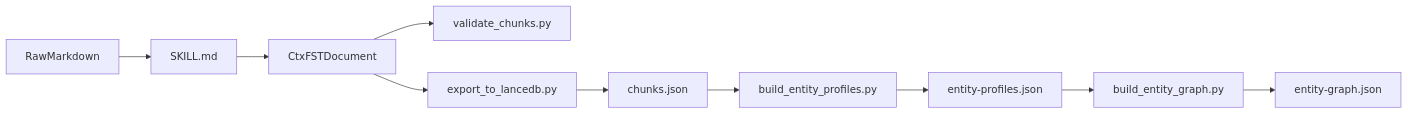
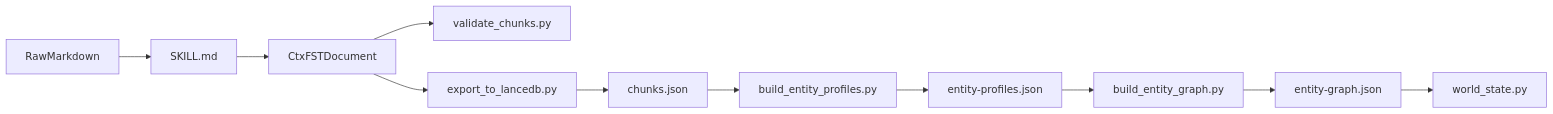
Before and after one commit to ctxfst/skill-chunk-md: the diagram in README.md, drawn with Mermaid. The commit also changed other lines of this file and 8 other files, not shown here.

Commit message:
feat: upgrade to v2.0 World Model First architecture

````diff
--- a/README.md
+++ b/README.md
@@ -54,12 +64,13 @@
 ```mermaid
 flowchart LR
 rawMarkdown[RawMarkdown] --> skill[SKILL.md]
 skill --> ctxfstDoc[CtxFSTDocument]
 ctxfstDoc --> validate[validate_chunks.py]
 ctxfstDoc --> export[export_to_lancedb.py]
 export --> chunksJson[chunks.json]
 chunksJson --> profilesBuilder[build_entity_profiles.py]
 profilesBuilder --> entityProfiles[entity-profiles.json]
 entityProfiles --> graphBuilder[build_entity_graph.py]
 graphBuilder --> entityGraph[entity-graph.json]
+entityGraph --> agentState[world_state.py]
 ```
````
